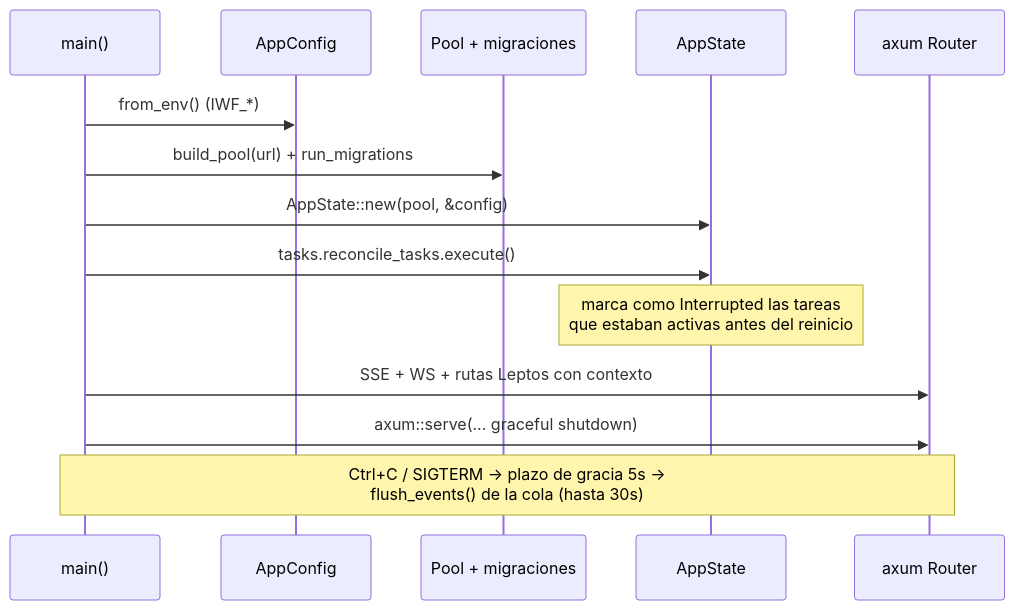
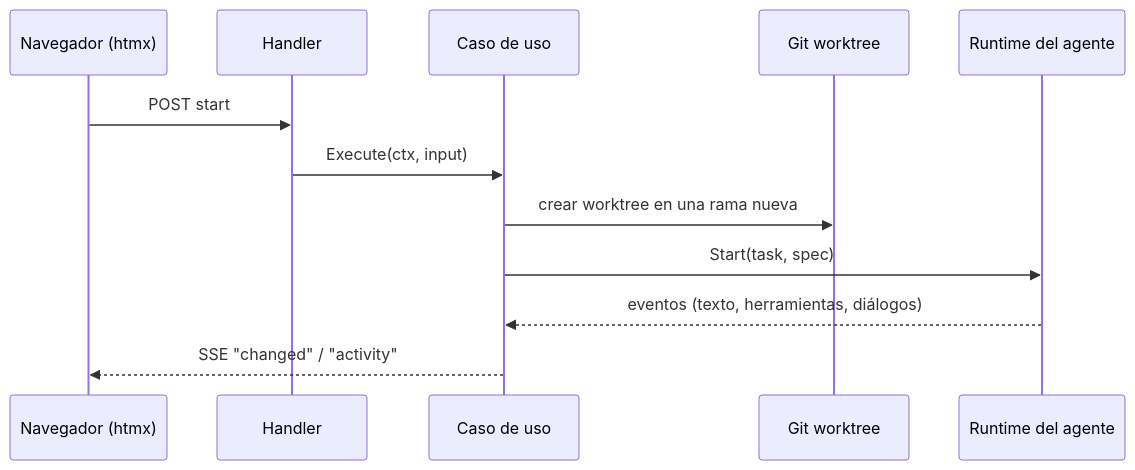
The second of 2 diagrams in ARCHITECTURE.es.md (plopezm/iworkflow), drawn with Mermaid before and after one commit. The commit also changed other lines of this file and 1 other file, not shown here.

First line of the commit message:
docs(architecture): rewrite for the Go codebase

````diff
--- a/ARCHITECTURE.es.md
+++ b/ARCHITECTURE.es.md
@@ -254,16 +111,14 @@
 ```mermaid
 sequenceDiagram
-    participant M as main()
-    participant C as AppConfig
-    participant DB as Pool + migraciones
-    participant S as AppState
-    participant R as axum Router
-    M->>C: from_env() (IWF_*)
-    M->>DB: build_pool(url) + run_migrations
-    M->>S: AppState::new(pool, &config)
-    M->>S: tasks.reconcile_tasks.execute()
-    Note over S: marca como Interrupted las tareas<br/>que estaban activas antes del reinicio
-    M->>R: SSE + WS + rutas Leptos con contexto
-    M->>R: axum::serve(... graceful shutdown)
-    Note over M,R: Ctrl+C / SIGTERM → plazo de gracia 5s →<br/>flush_events() de la cola (hasta 30s)
+  participant B as Navegador (htmx)
+  participant H as Handler
+  participant U as Caso de uso
+  participant G as Git worktree
+  participant R as Runtime del agente
+  B->>H: POST start
+  H->>U: Execute(ctx, input)
+  U->>G: crear worktree en una rama nueva
+  U->>R: Start(task, spec)
+  R-->>U: eventos (texto, herramientas, diálogos)
+  U-->>B: SSE "changed" / "activity"
 ```
````
